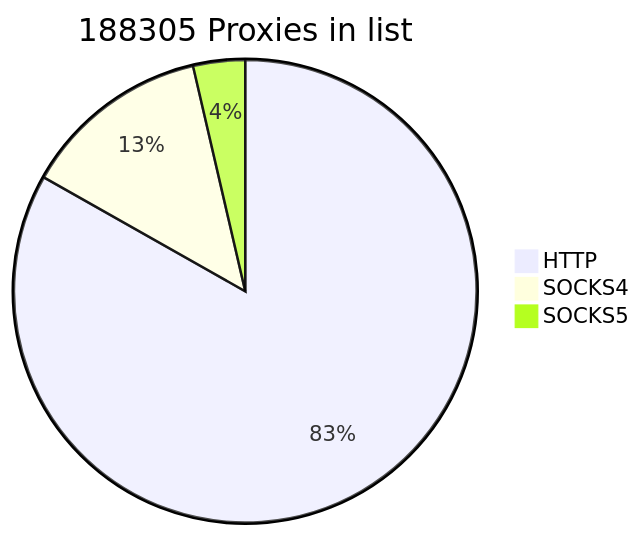
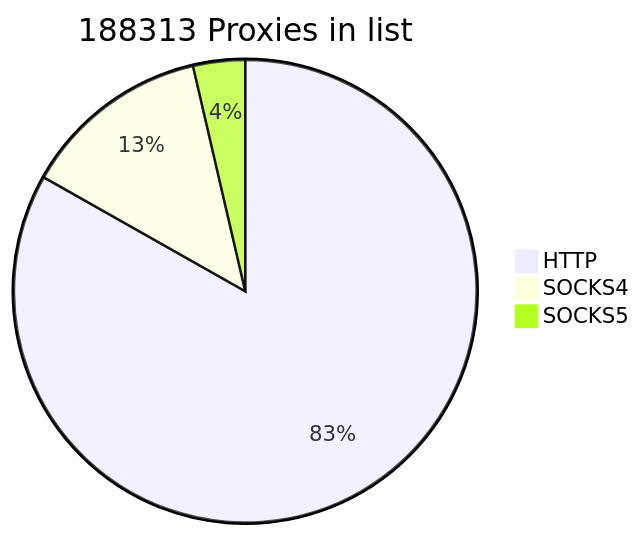
The first of 2 diagrams in README.md (cutipu/proxylist), drawn with Mermaid before and after one commit. The commit also changed other lines of this file, not shown here.

````diff
--- a/README.md
+++ b/README.md
@@ -2,7 +2,7 @@
 ```mermaid
-pie title 188305 Proxies in list
+pie title 188313 Proxies in list
     "HTTP" : 156654
-    "SOCKS4" : 24822
-    "SOCKS5" : 6829
+    "SOCKS4" : 24825
+    "SOCKS5" : 6834
             
 ```
````
